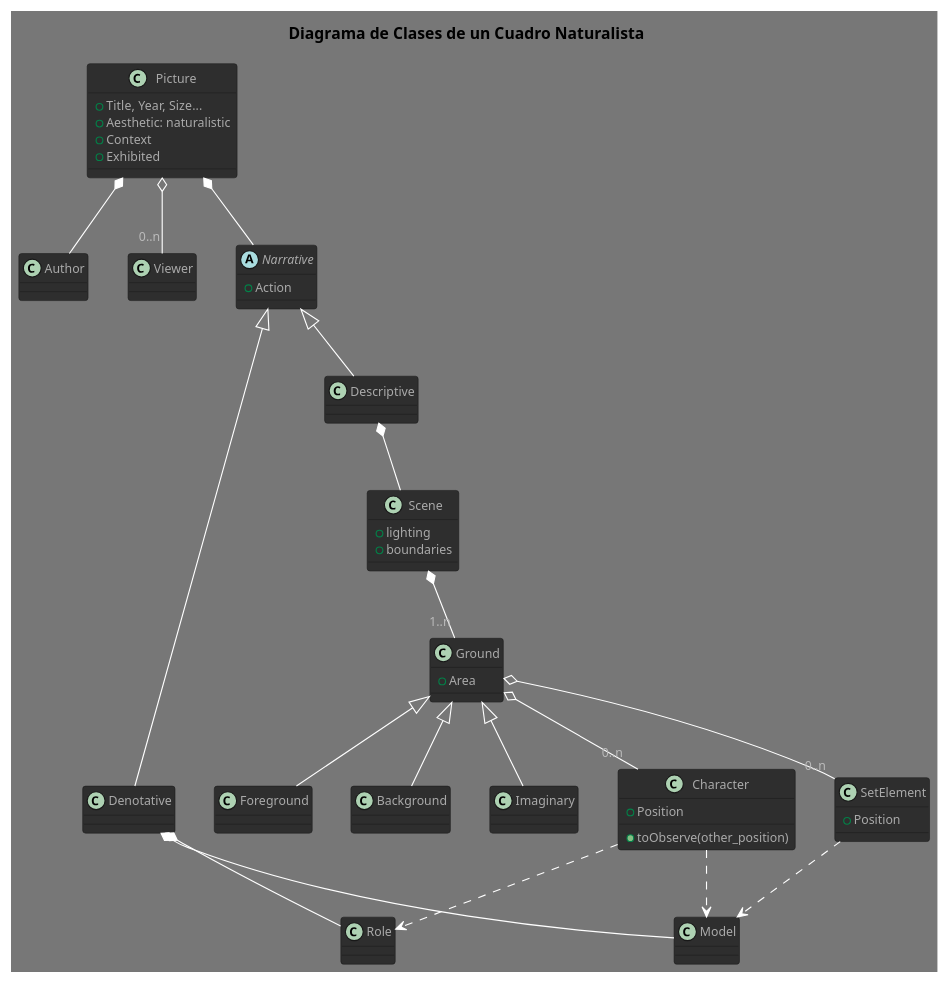
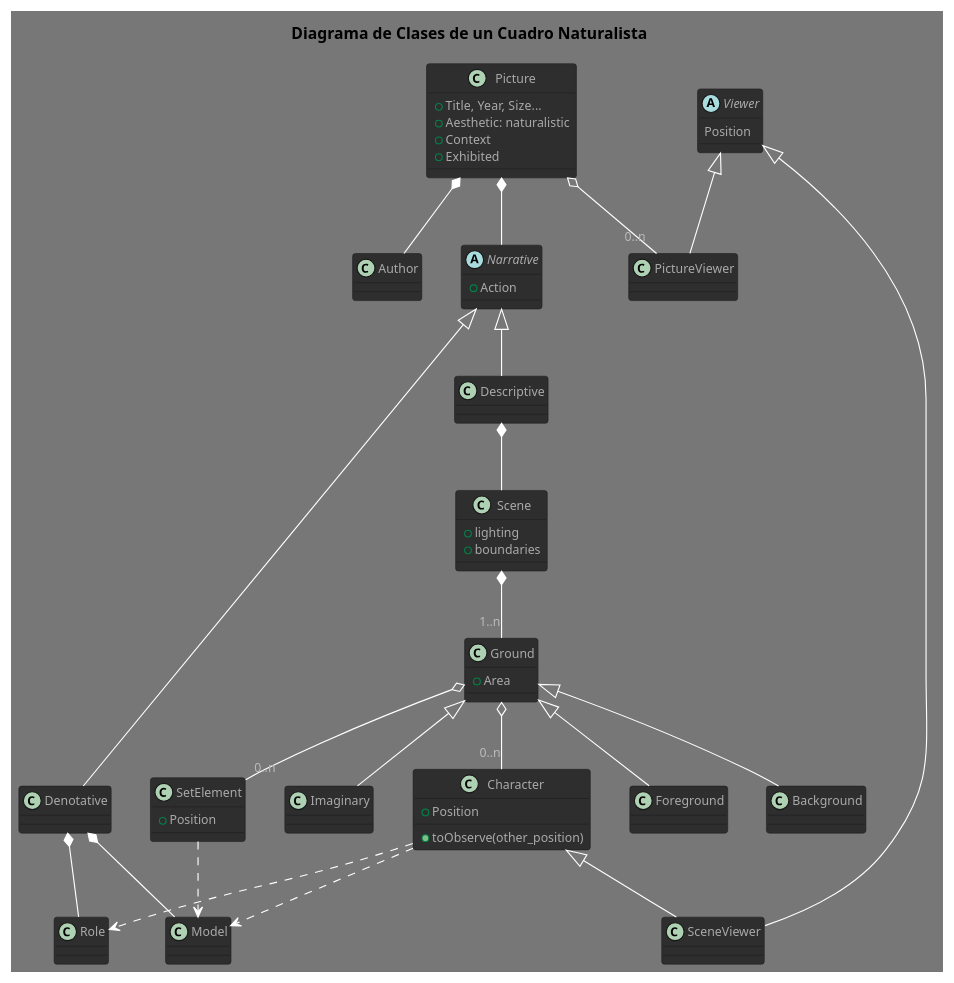
Before and after one commit to Joselon/joselon.github.io: the diagram in PracticasMaster/01_Modelado_O/UML/meninas.puml, drawn with PlantUML. The commit also changed 3 other files, not shown here.

Commit message:
ViewerPosition

```diff
--- a/PracticasMaster/01_Modelado_O/UML/meninas.puml
+++ b/PracticasMaster/01_Modelado_O/UML/meninas.puml
@@ -1,63 +1,68 @@
 @startuml MeninasDomain
 !theme reddress-darkred
 title Diagrama de Clases de un Cuadro Naturalista
 
 class Picture {
     + Title, Year, Size...
     + Aesthetic: naturalistic
     + Context
     + Exhibited
 }
 Picture *-- Author
-Picture o--"0..n" Viewer
+Picture o--"0..n" PictureViewer
 Picture *-- Narrative
 
 abstract class Narrative {
     + Action
 }
 Narrative <|-- Denotative
 Narrative <|-- Descriptive
 
 class Denotative {
 }
 
 Denotative *-- Role
 Denotative *-- Model
 
 class Descriptive {
 }
 Descriptive *-- Scene
 
 class Scene {
     + lighting
     + boundaries
 }
 Scene *--"1..n" Ground
 
 class Ground {
     + Area
 }
 Ground <|-- Foreground
 Ground <|-- Background
 Ground <|-- Imaginary
 
 Ground o--"0..n" Character
 Ground o--"0..n" SetElement
 
 
 class SetElement {
    + Position
 }
 
 class Character {
     + Position
     + toObserve(other_position)
 }
 Character ..> Model
 Character ..> Role
 SetElement ..> Model
+Character <|-- SceneViewer
 
-class Viewer {
+abstract class Viewer {
+    Position
 }
+Viewer <|-- SceneViewer
+Viewer <|-- PictureViewer
+
 
 @end
```
